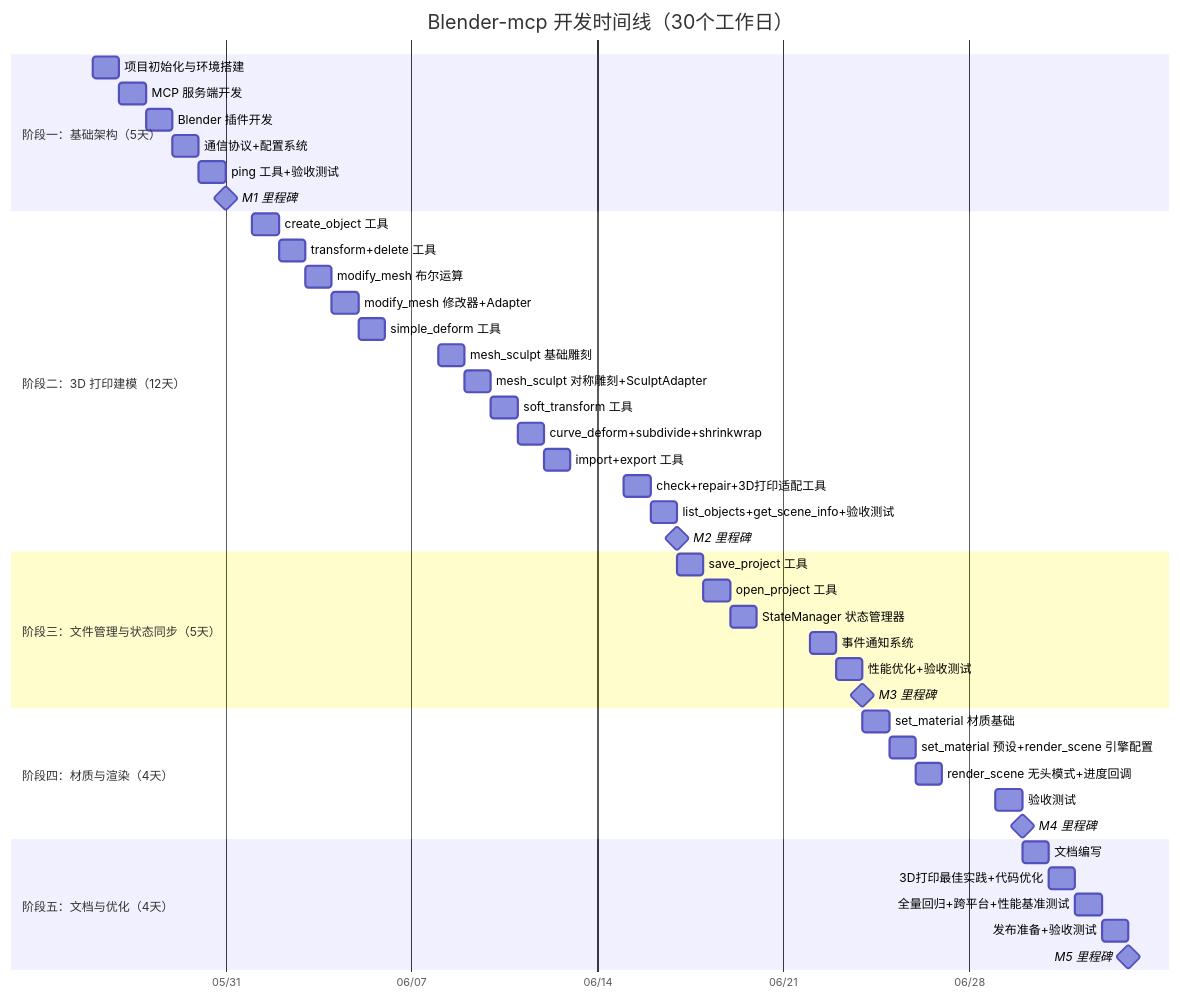
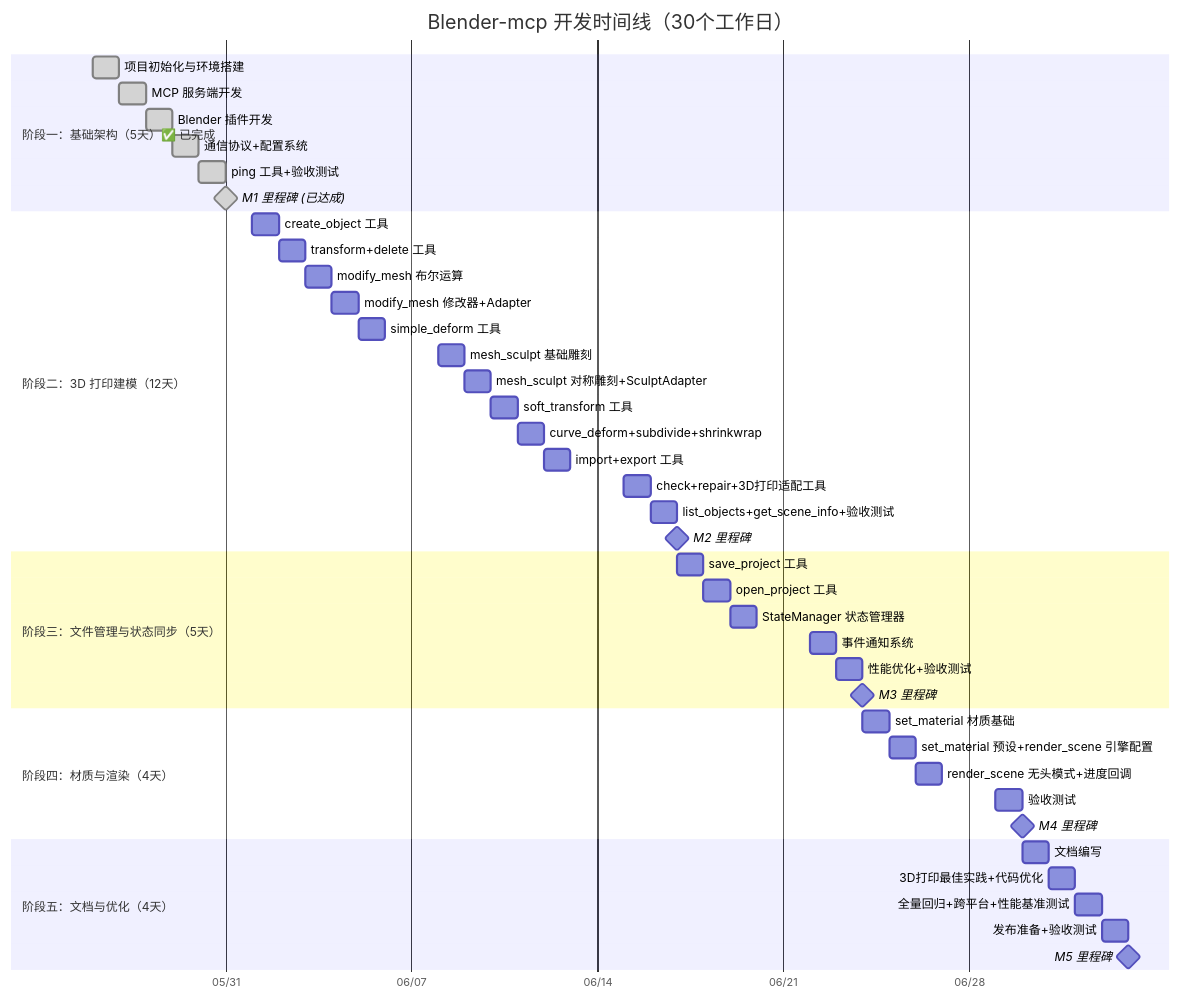
Before and after one commit to xjdxjd/Blender-MCP: the first of 2 diagrams in document/开发计划.md, drawn with Mermaid. The commit also changed other lines of this file and 1 other file, not shown here.

````diff
--- a/document/开发计划.md
+++ b/document/开发计划.md
@@ -39,51 +39,51 @@
 ```mermaid
 gantt
     title Blender-mcp 开发时间线（30个工作日）
     dateFormat  YYYY-MM-DD
     axisFormat  %m/%d
 
-    section 阶段一：基础架构（5天）
-    项目初始化与环境搭建          :a1, 2026-05-26, 1d
-    MCP 服务端开发                :a2, 2026-05-27, 1d
-    Blender 插件开发              :a3, 2026-05-28, 1d
-    通信协议+配置系统             :a4, 2026-05-29, 1d
-    ping 工具+验收测试            :a5, 2026-05-30, 1d
-    M1 里程碑                     :milestone, after a5, 0d
+    section 阶段一：基础架构（5天）✅ 已完成
+    项目初始化与环境搭建          :done, a1, 2026-05-26, 1d
+    MCP 服务端开发                :done, a2, 2026-05-27, 1d
+    Blender 插件开发              :done, a3, 2026-05-28, 1d
+    通信协议+配置系统             :done, a4, 2026-05-29, 1d
+    ping 工具+验收测试            :done, a5, 2026-05-30, 1d
+    M1 里程碑 (已达成)             :milestone, done, after a5, 0d
 
     section 阶段二：3D 打印建模（12天）
     create_object 工具            :b1, 2026-06-01, 1d
     transform+delete 工具         :b2, 2026-06-02, 1d
     modify_mesh 布尔运算          :b3, 2026-06-03, 1d
     modify_mesh 修改器+Adapter    :b4, 2026-06-04, 1d
     simple_deform 工具            :b5, 2026-06-05, 1d
     mesh_sculpt 基础雕刻          :b6, 2026-06-08, 1d
     mesh_sculpt 对称雕刻+SculptAdapter :b7, 2026-06-09, 1d
     soft_transform 工具           :b8, 2026-06-10, 1d
     curve_deform+subdivide+shrinkwrap :b9, 2026-06-11, 1d
     import+export 工具            :b10, 2026-06-12, 1d
     check+repair+3D打印适配工具    :b11, 2026-06-15, 1d
     list_objects+get_scene_info+验收测试 :b12, 2026-06-16, 1d
     M2 里程碑                     :milestone, after b12, 0d
 
     section 阶段三：文件管理与状态同步（5天）
     save_project 工具             :c1, 2026-06-17, 1d
     open_project 工具             :c2, 2026-06-18, 1d
     StateManager 状态管理器       :c3, 2026-06-19, 1d
     事件通知系统                  :c4, 2026-06-22, 1d
     性能优化+验收测试             :c5, 2026-06-23, 1d
     M3 里程碑                     :milestone, after c5, 0d
 
     section 阶段四：材质与渲染（4天）
     set_material 材质基础         :d1, 2026-06-24, 1d
     set_material 预设+render_scene 引擎配置 :d2, 2026-06-25, 1d
     render_scene 无头模式+进度回调 :d3, 2026-06-26, 1d
     验收测试                      :d4, 2026-06-29, 1d
     M4 里程碑                     :milestone, after d4, 0d
 
     section 阶段五：文档与优化（4天）
     文档编写                      :e1, 2026-06-30, 1d
     3D打印最佳实践+代码优化       :e2, 2026-07-01, 1d
     全量回归+跨平台+性能基准测试  :e3, 2026-07-02, 1d
     发布准备+验收测试             :e4, 2026-07-03, 1d
     M5 里程碑                     :milestone, after e4, 0d
 ```
````
